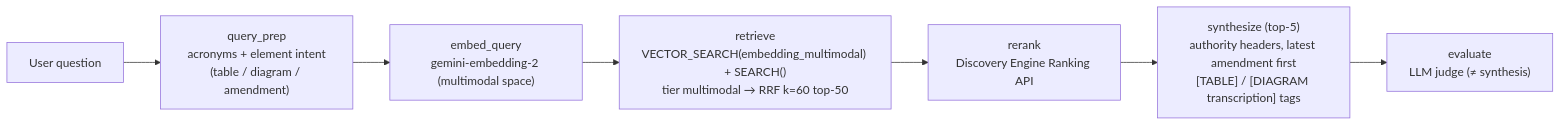
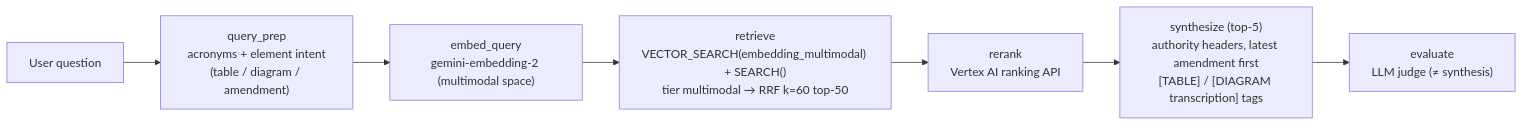
One commit to nishitpatel01/rag-arena changed the third of 6 diagrams in README.md. Above: the diagram before and after it, drawn with Mermaid. The commit also changed other lines of this file and 2 other files, not shown here.

Commit message:
docs: README opens with problem + solution, GCP products per level, quality & tests, clean layout tree, MIT LICENSE; principles table moved to ARCHITECTURE §0

````diff
--- a/README.md
+++ b/README.md
@@ -98,9 +122,9 @@
 ```mermaid
 flowchart LR
     U["User question"] --> QP["query_prep<br/>acronyms + element intent<br/>(table / diagram / amendment)"]
     QP --> EQ["embed_query<br/>gemini-embedding-2 (multimodal space)"]
     EQ --> RT["retrieve<br/>VECTOR_SEARCH(embedding_multimodal) + SEARCH()<br/>tier multimodal → RRF k=60 top-50"]
-    RT --> RK["rerank<br/>Discovery Engine Ranking API"]
+    RT --> RK["rerank<br/>Vertex AI ranking API"]
     RK --> SY["synthesize (top-5)<br/>authority headers, latest amendment first<br/>[TABLE] / [DIAGRAM transcription] tags"]
     SY --> EV["evaluate<br/>LLM judge (≠ synthesis)"]
 ```
````
